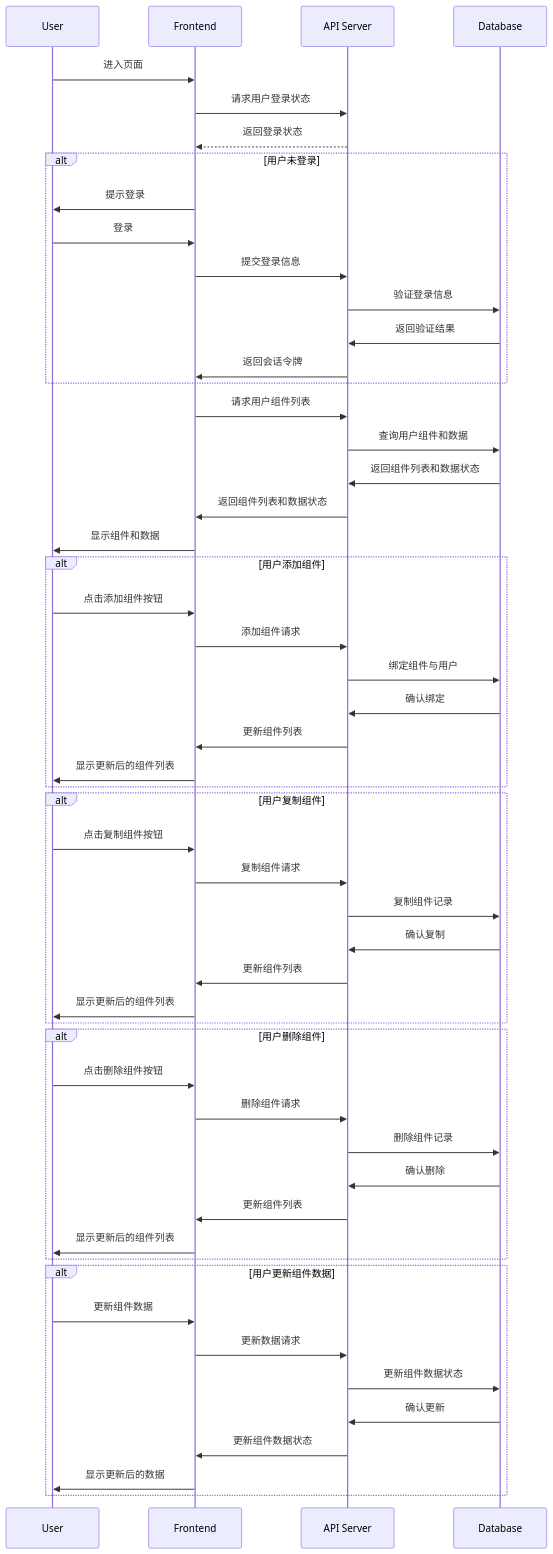
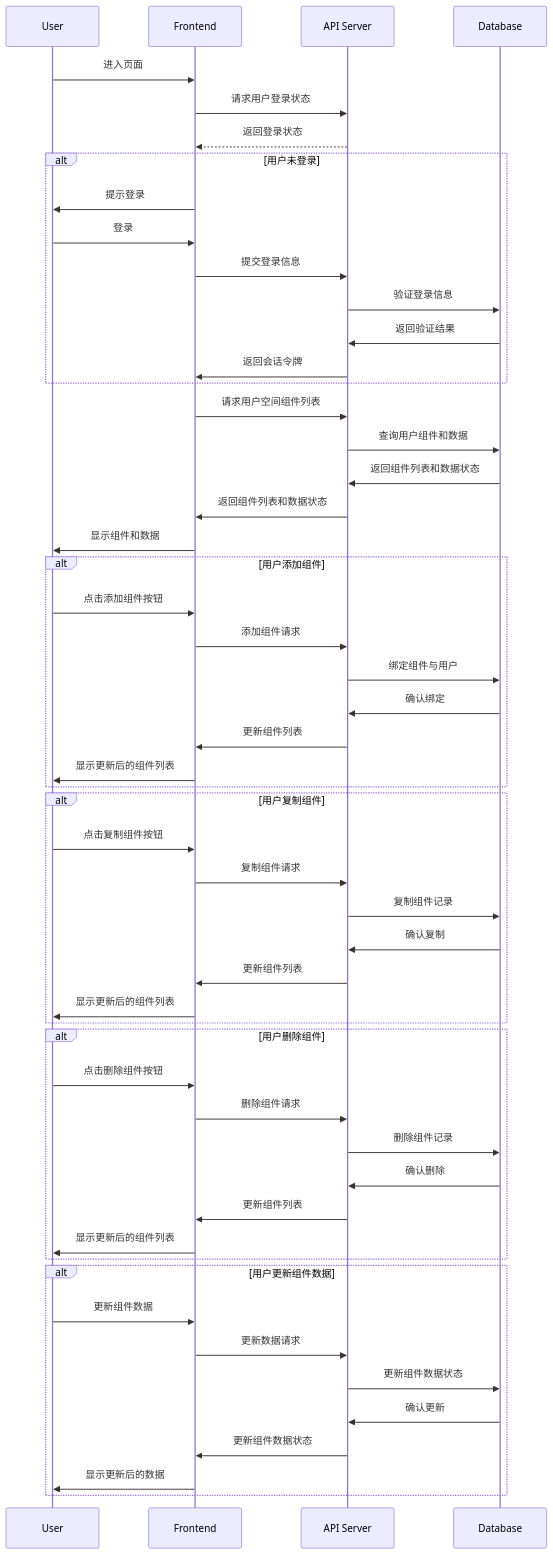
The diagram in all/未命名-7.md (yingjianzh/iodraw-files), drawn with Mermaid before and after one commit.

Commit message:
2024-10-09 10:18:37 update

````diff
--- a/all/未命名-7.md
+++ b/all/未命名-7.md
@@ -1,62 +1,62 @@
 ```mermaid
 sequenceDiagram
     participant User
     participant Frontend
     participant API Server
     participant Database
 
     User->>Frontend: 进入页面
     Frontend->>API Server: 请求用户登录状态
     API Server-->>Frontend: 返回登录状态
     alt 用户未登录
         Frontend->>User: 提示登录
         User->>Frontend: 登录
         Frontend->>API Server: 提交登录信息
         API Server->>Database: 验证登录信息
         Database->>API Server: 返回验证结果
         API Server->>Frontend: 返回会话令牌
     end
 
-    Frontend->>API Server: 请求用户组件列表
+    Frontend->>API Server: 请求用户空间组件列表
     API Server->>Database: 查询用户组件和数据
     Database->>API Server: 返回组件列表和数据状态
     API Server->>Frontend: 返回组件列表和数据状态
     Frontend->>User: 显示组件和数据
 
     alt 用户添加组件
         User->>Frontend: 点击添加组件按钮
         Frontend->>API Server: 添加组件请求
         API Server->>Database: 绑定组件与用户
         Database->>API Server: 确认绑定
         API Server->>Frontend: 更新组件列表
         Frontend->>User: 显示更新后的组件列表
     end
 
     alt 用户复制组件
         User->>Frontend: 点击复制组件按钮
         Frontend->>API Server: 复制组件请求
         API Server->>Database: 复制组件记录
         Database->>API Server: 确认复制
         API Server->>Frontend: 更新组件列表
         Frontend->>User: 显示更新后的组件列表
     end
 
     alt 用户删除组件
         User->>Frontend: 点击删除组件按钮
         Frontend->>API Server: 删除组件请求
         API Server->>Database: 删除组件记录
         Database->>API Server: 确认删除
         API Server->>Frontend: 更新组件列表
         Frontend->>User: 显示更新后的组件列表
     end
 
     alt 用户更新组件数据
         User->>Frontend: 更新组件数据
         Frontend->>API Server: 更新数据请求
         API Server->>Database: 更新组件数据状态
         Database->>API Server: 确认更新
         API Server->>Frontend: 更新组件数据状态
         Frontend->>User: 显示更新后的数据
     end
 
 ```
````
